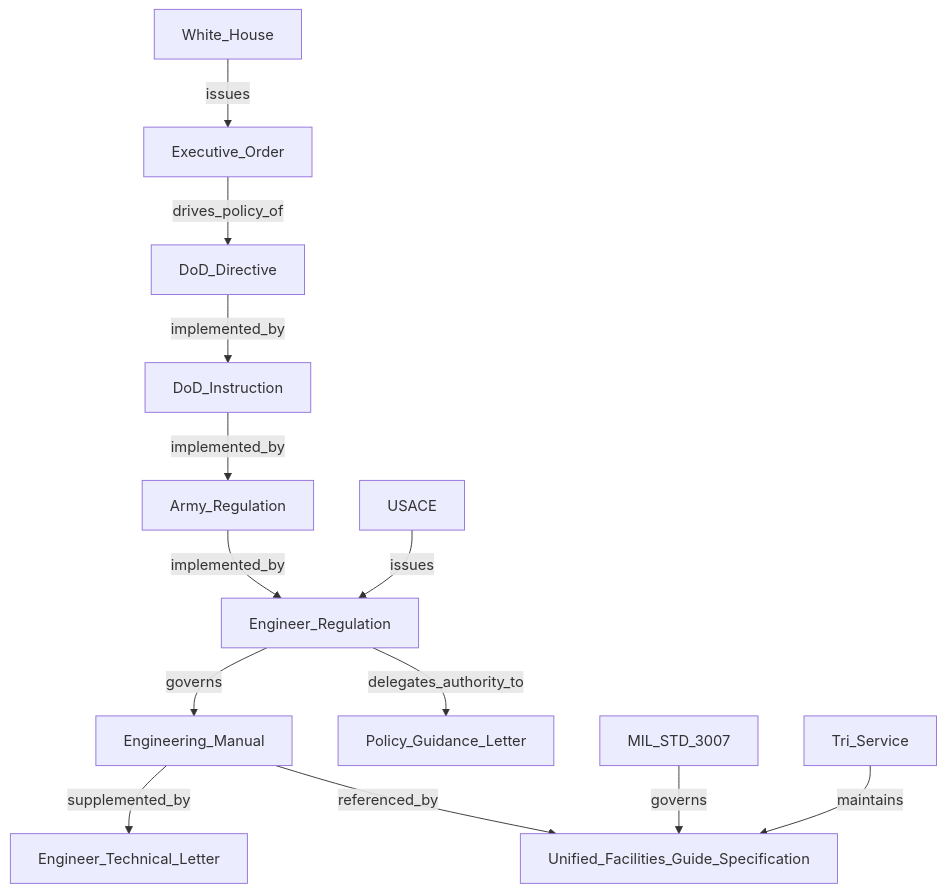
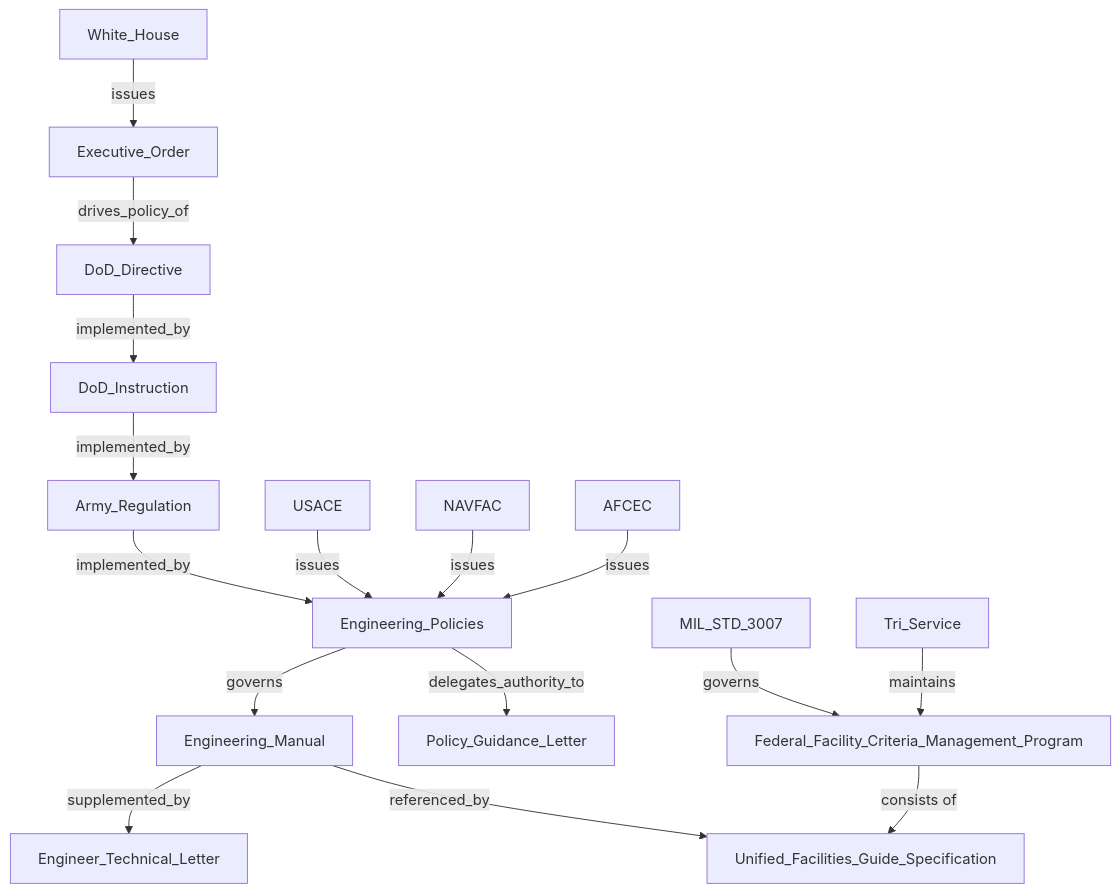
The diagram in data/KG_document_hierarchy.md (vdubya/criteria-assistant), drawn with Mermaid before and after one commit.

````diff
--- a/data/KG_document_hierarchy.md
+++ b/data/KG_document_hierarchy.md
@@ -1,15 +1,18 @@
 ```mermaid
 graph TD
   White_House -->|issues| Executive_Order
   Executive_Order -->|drives_policy_of| DoD_Directive
   DoD_Directive -->|implemented_by| DoD_Instruction
   DoD_Instruction -->|implemented_by| Army_Regulation
-  Army_Regulation -->|implemented_by| Engineer_Regulation
-  Engineer_Regulation -->|governs| Engineering_Manual
+  Army_Regulation -->|implemented_by| Engineering_Policies
+  Engineering_Policies -->|governs| Engineering_Manual
   Engineering_Manual -->|supplemented_by| Engineer_Technical_Letter
-  Engineer_Regulation -->|delegates_authority_to| Policy_Guidance_Letter
+  Engineering_Policies -->|delegates_authority_to| Policy_Guidance_Letter
   Engineering_Manual -->|referenced_by| Unified_Facilities_Guide_Specification
-  MIL_STD_3007 -->|governs| Unified_Facilities_Guide_Specification
-  USACE -->|issues| Engineer_Regulation
-  Tri_Service -->|maintains| Unified_Facilities_Guide_Specification
+  MIL_STD_3007 -->|governs| Federal_Facility_Criteria_Management_Program
+  USACE -->|issues| Engineering_Policies
+  NAVFAC -->|issues| Engineering_Policies
+  AFCEC -->|issues| Engineering_Policies
+  Tri_Service -->|maintains| Federal_Facility_Criteria_Management_Program
+  Federal_Facility_Criteria_Management_Program --> |consists of| Unified_Facilities_Guide_Specification
 ```
````
